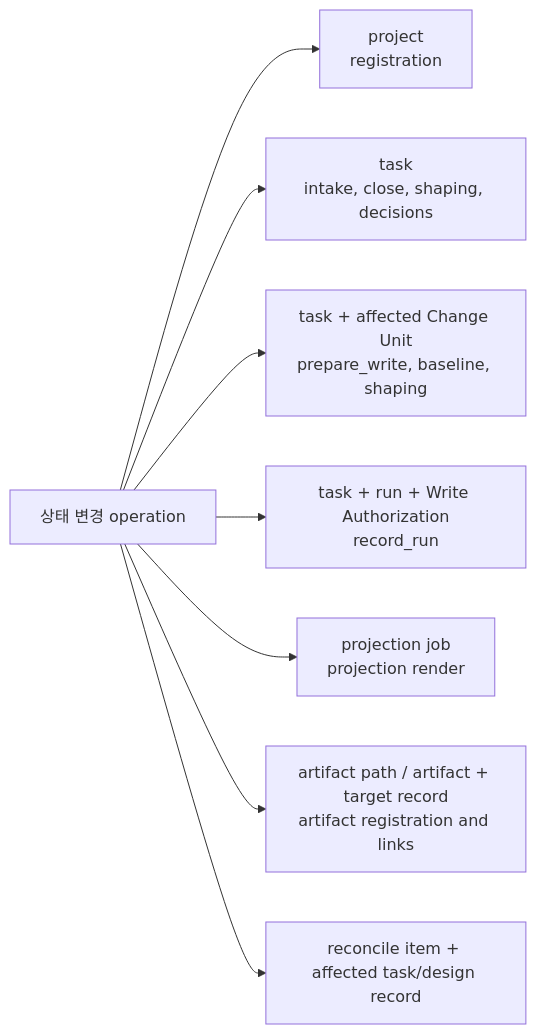
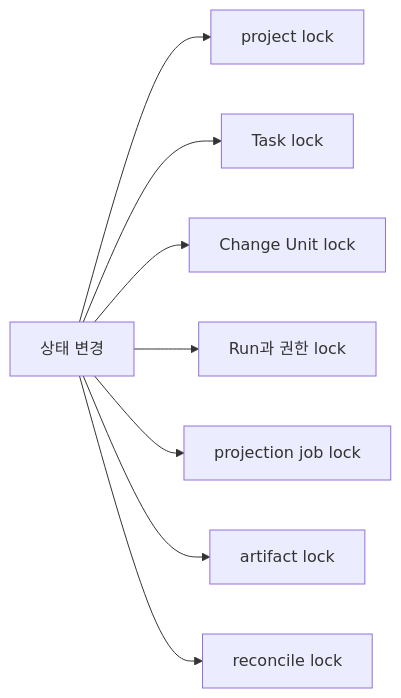
One commit to minjungw00/Harness_Project changed the second of 9 diagrams in docs/ko/reference/storage-and-ddl.md. Above: the diagram before and after it, drawn with Mermaid. The commit also changed other lines of this file and 20 other files, not shown here.

Commit message:
docs: refresh diagrams for staged authority model

````diff
--- a/docs/ko/reference/storage-and-ddl.md
+++ b/docs/ko/reference/storage-and-ddl.md
@@ -1136,19 +1136,19 @@
 ```mermaid
 flowchart LR
-  Operation["상태 변경 operation"]
-  Project["project<br/>registration"]
-  Task["task<br/>intake, close, shaping, decisions"]
-  ChangeUnit["task + affected Change Unit<br/>prepare_write, baseline, shaping"]
-  Run["task + run + Write Authorization<br/>record_run"]
-  Projection["projection job<br/>projection render"]
-  Artifact["artifact path / artifact + target record<br/>artifact registration and links"]
-  Reconcile["reconcile item + affected task/design record"]
+  Operation["상태 변경"]
+  Project["project lock"]
+  Task["Task lock"]
+  ChangeUnit["Change Unit lock"]
+  Run["Run과 권한 lock"]
+  Projection["projection job lock"]
+  Artifact["artifact lock"]
+  Reconcile["reconcile lock"]
 
   Operation --> Project
   Operation --> Task
   Operation --> ChangeUnit
   Operation --> Run
   Operation --> Projection
   Operation --> Artifact
   Operation --> Reconcile
 ```
````
